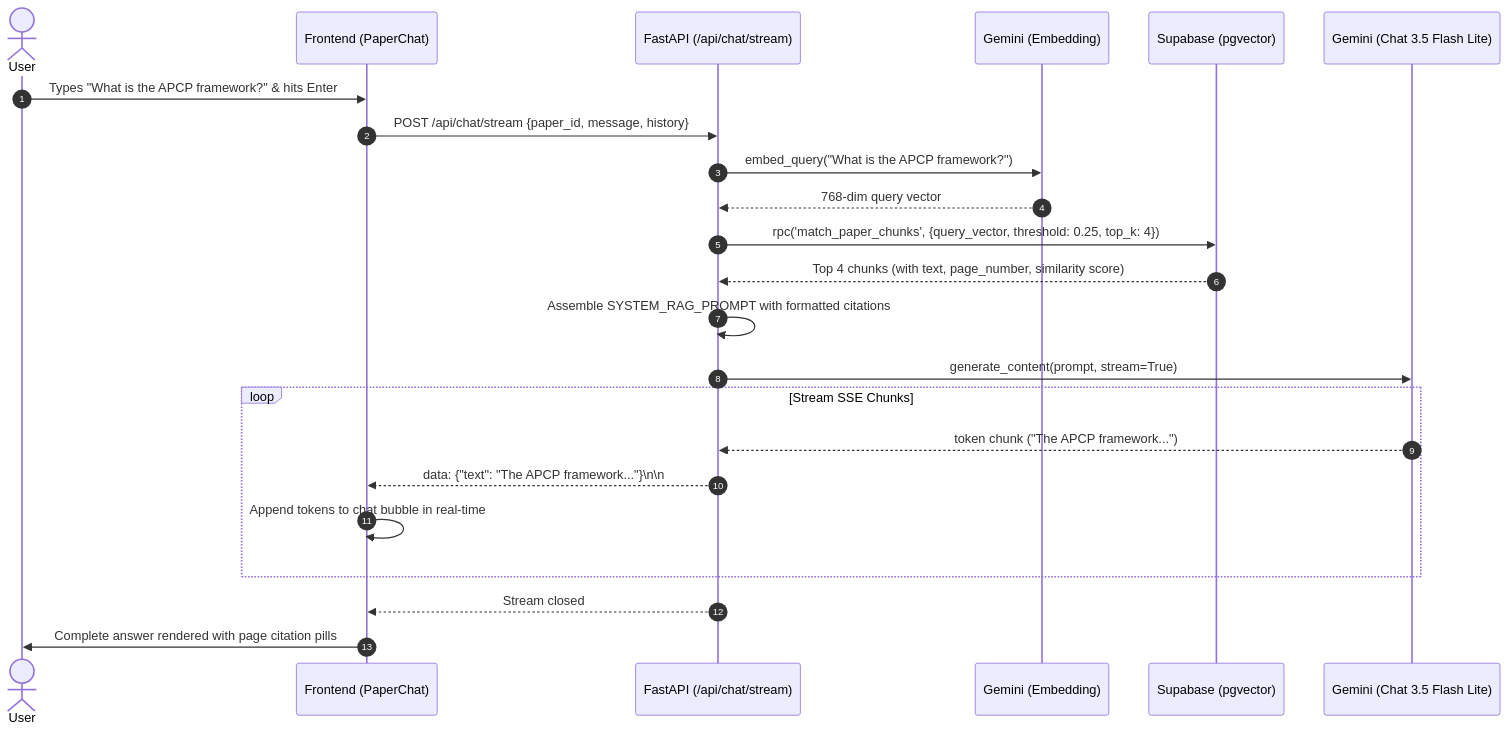
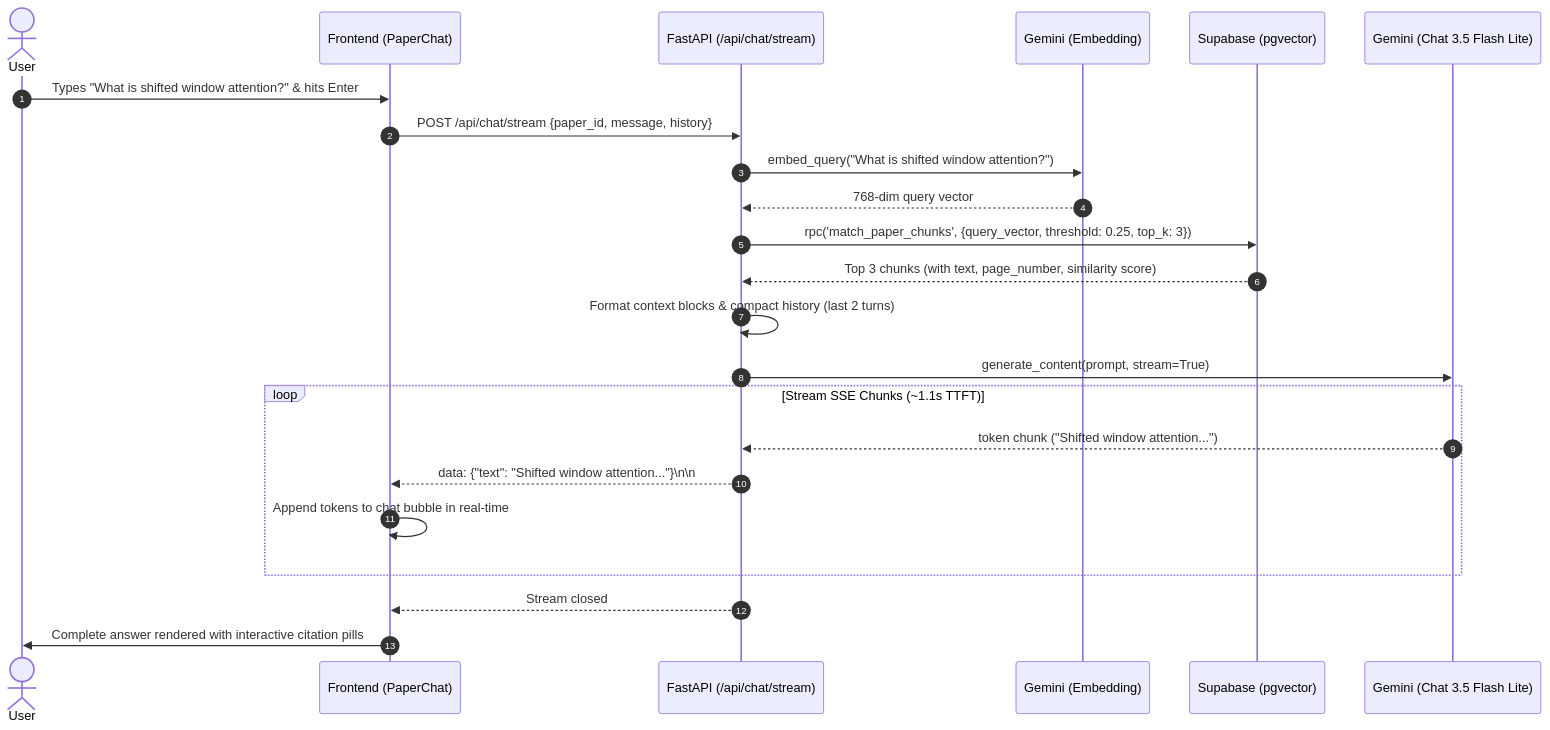
Before and after one commit to atharva481/RESIN: the second of 2 diagrams in PROJECT_DETAILS_AND_RAG.md, drawn with Mermaid. The commit also changed other lines of this file and 26 other files, not shown here.

Commit message:
Implemented RAG and chat with paper

````diff
--- a/PROJECT_DETAILS_AND_RAG.md
+++ b/PROJECT_DETAILS_AND_RAG.md
@@ -446,26 +659,26 @@
 ```mermaid
 sequenceDiagram
     autonumber
     actor User
     participant FE as Frontend (PaperChat)
     participant API as FastAPI (/api/chat/stream)
     participant GEM_E as Gemini (Embedding)
     participant DB as Supabase (pgvector)
     participant GEM_C as Gemini (Chat 3.5 Flash Lite)
 
-    User->>FE: Types "What is the APCP framework?" & hits Enter
+    User->>FE: Types "What is shifted window attention?" & hits Enter
     FE->>API: POST /api/chat/stream {paper_id, message, history}
-    API->>GEM_E: embed_query("What is the APCP framework?")
+    API->>GEM_E: embed_query("What is shifted window attention?")
     GEM_E-->>API: 768-dim query vector
-    API->>DB: rpc('match_paper_chunks', {query_vector, threshold: 0.25, top_k: 4})
-    DB-->>API: Top 4 chunks (with text, page_number, similarity score)
-    API->>API: Assemble SYSTEM_RAG_PROMPT with formatted citations
+    API->>DB: rpc('match_paper_chunks', {query_vector, threshold: 0.25, top_k: 3})
+    DB-->>API: Top 3 chunks (with text, page_number, similarity score)
+    API->>API: Format context blocks & compact history (last 2 turns)
     API->>GEM_C: generate_content(prompt, stream=True)
-    loop Stream SSE Chunks
-        GEM_C-->>API: token chunk ("The APCP framework...")
-        API-->>FE: data: {"text": "The APCP framework..."}\n\n
+    loop Stream SSE Chunks (~1.1s TTFT)
+        GEM_C-->>API: token chunk ("Shifted window attention...")
+        API-->>FE: data: {"text": "Shifted window attention..."}\n\n
         FE->>FE: Append tokens to chat bubble in real-time
     end
     API-->>FE: Stream closed
-    FE->>User: Complete answer rendered with page citation pills
+    FE->>User: Complete answer rendered with interactive citation pills
 ```
````
